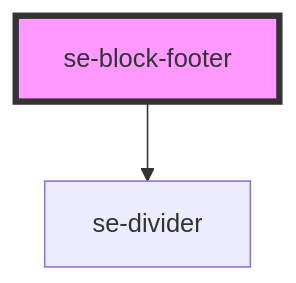
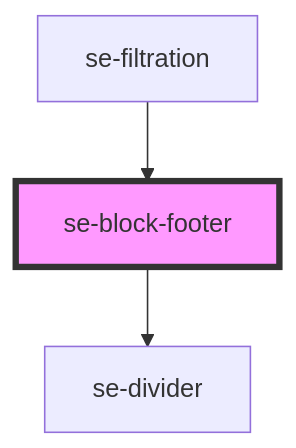
One commit to robbiemcmullense/se-web-ui changed the diagram in libs/core/src/components/block-footer/readme.md. Above: the diagram before and after it, drawn with Mermaid. The commit also changed other lines of this file and 11 other files, not shown here.

````diff
--- a/libs/core/src/components/block-footer/readme.md
+++ b/libs/core/src/components/block-footer/readme.md
@@ -26,5 +30,6 @@
 ```mermaid
 graph TD;
   se-block-footer --> se-divider
+  se-filtration --> se-block-footer
   style se-block-footer fill:#f9f,stroke:#333,stroke-width:4px
 ```
````
